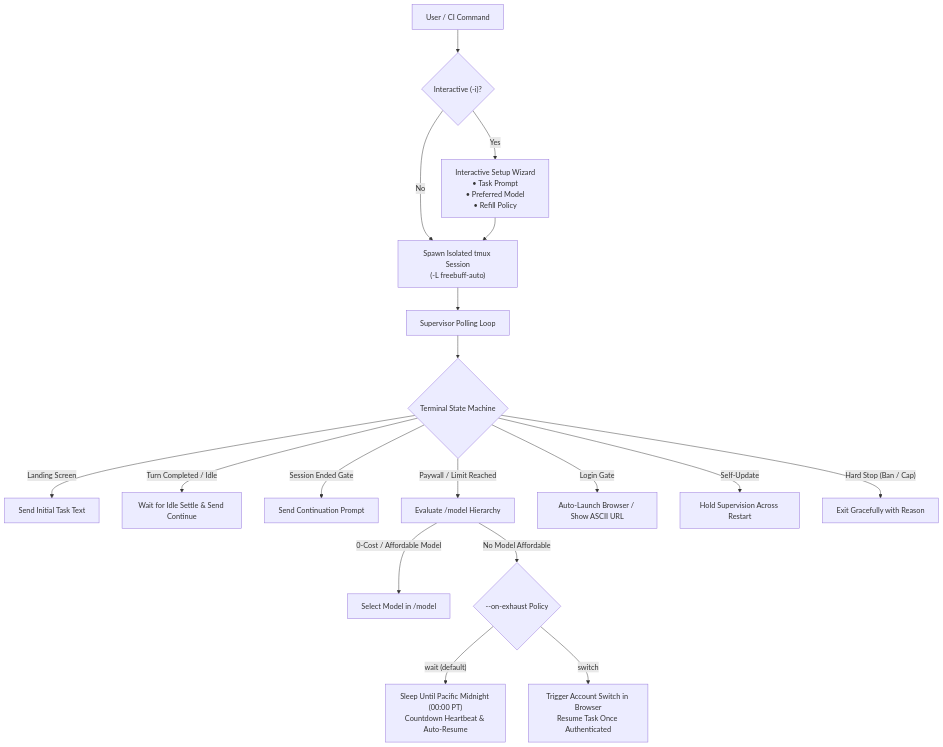
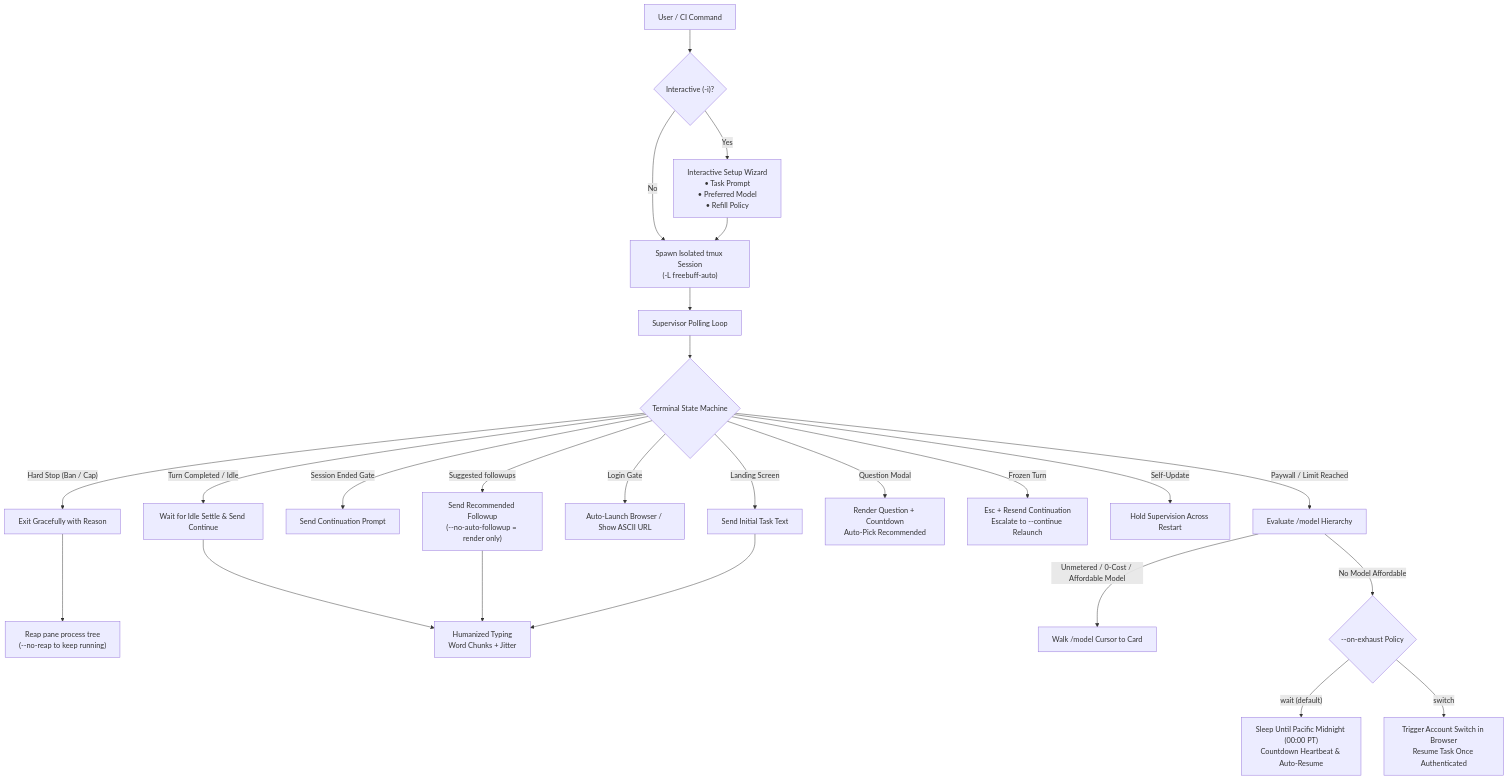
The diagram in README.md (kelvindesman/freebuff-autocontinue), drawn with Mermaid before and after one commit. The commit also changed other lines of this file and 33 other files, not shown here.

First line of the commit message:
feat: human supervisor epic (followups, humanized typing, reap, stall recovery, picker) (#23)

````diff
--- a/README.md
+++ b/README.md
@@ -60,24 +60,31 @@
 ```mermaid
 flowchart TD
     CLI["User / CI Command"] --> ModeCheck{"Interactive (-i)?"}
     ModeCheck -- "Yes" --> Wizard["Interactive Setup Wizard\n• Task Prompt\n• Preferred Model\n• Refill Policy"]
     ModeCheck -- "No" --> Launch["Spawn Isolated tmux Session\n(-L freebuff-auto)"]
     Wizard --> Launch
 
     Launch --> Watcher["Supervisor Polling Loop"]
 
     Watcher --> Monitor{"Terminal State Machine"}
     Monitor -- "Landing Screen" --> FirstPrompt["Send Initial Task Text"]
     Monitor -- "Turn Completed / Idle" --> TurnDone["Wait for Idle Settle & Send Continue"]
     Monitor -- "Session Ended Gate" --> ResumeGate["Send Continuation Prompt"]
     Monitor -- "Paywall / Limit Reached" --> FallbackEval["Evaluate /model Hierarchy"]
     Monitor -- "Login Gate" --> LoginAuth["Auto-Launch Browser / Show ASCII URL"]
+    Monitor -- "Suggested followups" --> Followup["Send Recommended Followup\n(--no-auto-followup = render only)"]
+    Monitor -- "Question Modal" --> Question["Render Question + Countdown\nAuto-Pick Recommended"]
+    Monitor -- "Frozen Turn" --> Recover["Esc + Resend Continuation\nEscalate to --continue Relaunch"]
     Monitor -- "Self-Update" --> UpdateHold["Hold Supervision Across Restart"]
     Monitor -- "Hard Stop (Ban / Cap)" --> CleanStop["Exit Gracefully with Reason"]
+    CleanStop --> Reap["Reap pane process tree\n(--no-reap to keep running)"]
+    TurnDone --> Humanize["Humanized Typing\nWord Chunks + Jitter"]
+    Followup --> Humanize
+    FirstPrompt --> Humanize
 
-    FallbackEval -- "0-Cost / Affordable Model" --> SwitchModel["Select Model in /model"]
+    FallbackEval -- "Unmetered / 0-Cost / Affordable Model" --> SwitchModel["Walk /model Cursor to Card"]
     FallbackEval -- "No Model Affordable" --> ExhaustAction{"--on-exhaust Policy"}
 
     ExhaustAction -- "wait (default)" --> SleepRefill["Sleep Until Pacific Midnight (00:00 PT)\nCountdown Heartbeat & Auto-Resume"]
     ExhaustAction -- "switch" --> ReAuth["Trigger Account Switch in Browser\nResume Task Once Authenticated"]
 ```
````
